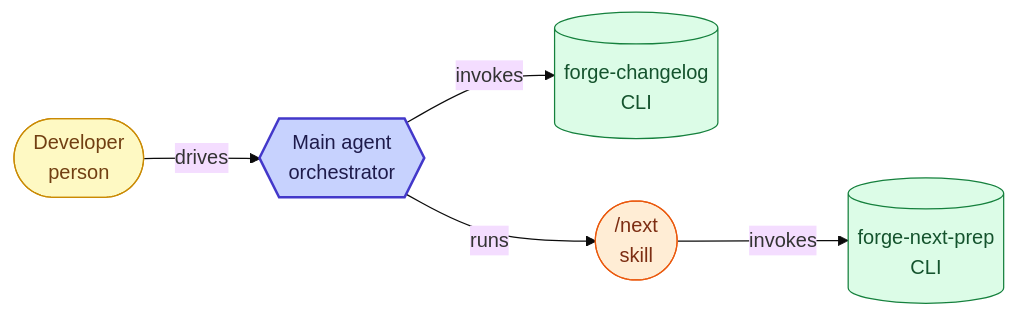
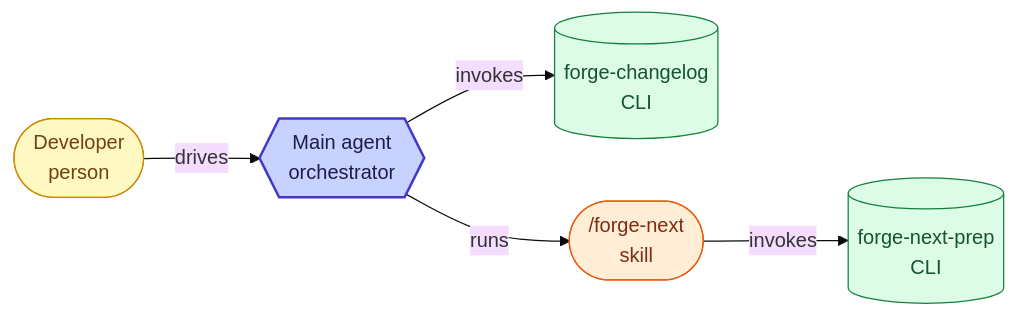
Before and after one commit to misnaej/forge: the fourth of 7 diagrams in docs/agent-architecture.md, drawn with Mermaid (base theme). The commit also changed other lines of this file and 187 other files, not shown here.

````diff
--- a/docs/agent-architecture.md
+++ b/docs/agent-architecture.md
@@ -298,26 +295,26 @@
 ```mermaid
 graph LR
   classDef person fill:#fef9c3,stroke:#ca8a04,color:#713f12
   classDef agent fill:#ede9fe,stroke:#7c3aed,color:#4c1d95
   classDef skill fill:#ffedd5,stroke:#ea580c,color:#7c2d12
   classDef hook fill:#fee2e2,stroke:#dc2626,color:#7f1d1d
   classDef cli fill:#dcfce7,stroke:#15803d,color:#14532d
   classDef policy fill:#f1f5f9,stroke:#64748b,color:#334155
   classDef orchestrator fill:#c7d2fe,stroke:#4338ca,color:#1e1b4b,stroke-width:2px
   classDef reporter stroke-dasharray:5 3
   classDef mutator stroke-width:3px
   human(["Developer<br/>person"])
   main_agent{{"Main agent<br/>orchestrator"}}
   human -->|drives| main_agent
   cli_forge_next_prep[("forge-next-prep<br/>CLI")]
   cli_forge_changelog[("forge-changelog<br/>CLI")]
-  sk_next(["/next<br/>skill"])
+  sk_next(["/forge-next<br/>skill"])
   main_agent -->|runs| sk_next
   sk_next -->|invokes| cli_forge_next_prep
   main_agent -->|invokes| cli_forge_changelog
   class human person
   class main_agent orchestrator
   class cli_forge_next_prep cli
   class cli_forge_changelog cli
   class sk_next skill
 ```
````
